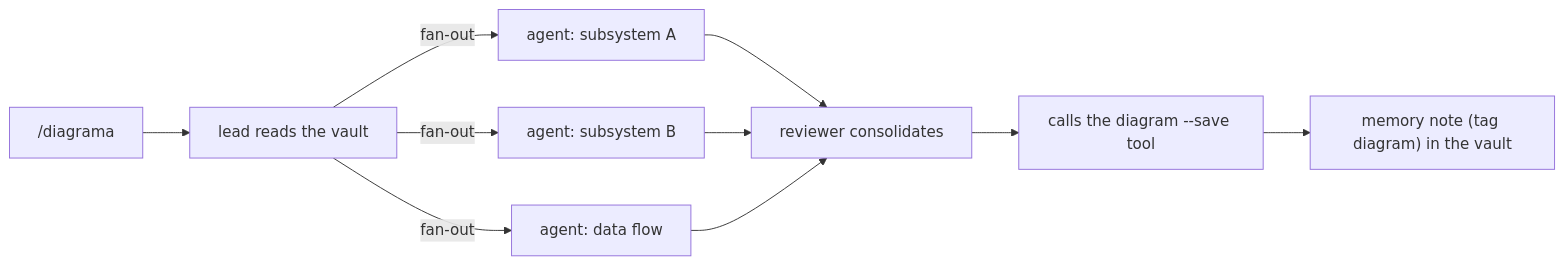
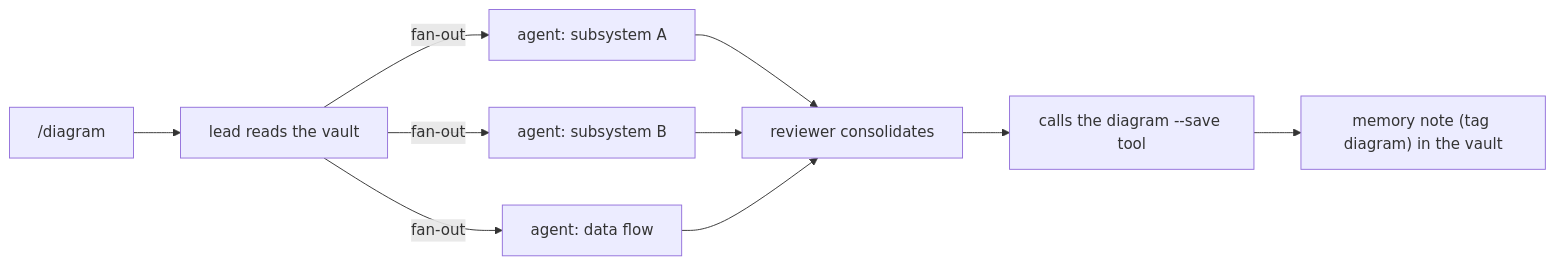
Before and after one commit to MatheusChiodi/AgentTeam-Memory: the fourth of 4 diagrams in docs/ARCHITECTURE-PHASE-3.md, drawn with Mermaid. The commit also changed other lines of this file and 5 other files, not shown here.

First line of the commit message:
refactor: renomeia slash-commands /diagrama->/diagram e /plano->/plan

````diff
--- a/docs/ARCHITECTURE-PHASE-3.md
+++ b/docs/ARCHITECTURE-PHASE-3.md
@@ -197,10 +197,10 @@
 ```mermaid
 flowchart LR
-  U["/diagrama"] --> LEAD["lead reads the vault"]
+  U["/diagram"] --> LEAD["lead reads the vault"]
   LEAD -->|fan-out| A1["agent: subsystem A"]
   LEAD -->|fan-out| A2["agent: subsystem B"]
   LEAD -->|fan-out| A3["agent: data flow"]
   A1 & A2 & A3 --> REV["reviewer consolidates"]
   REV --> ENG["calls the diagram --save tool"]
   ENG --> NOTE["memory note (tag diagram) in the vault"]
 ```
````
